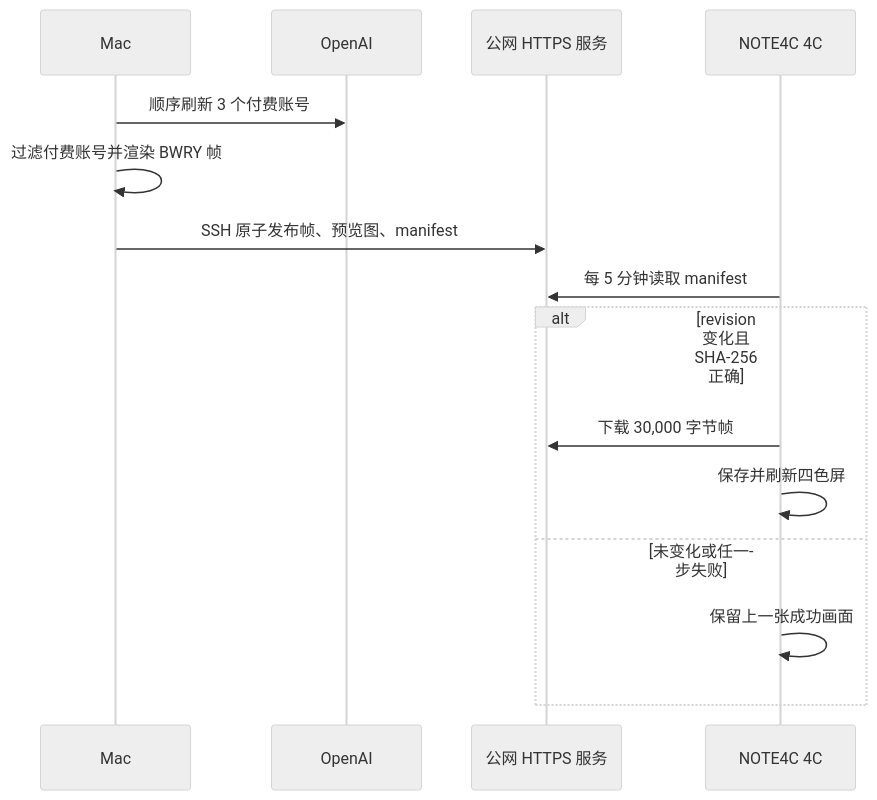
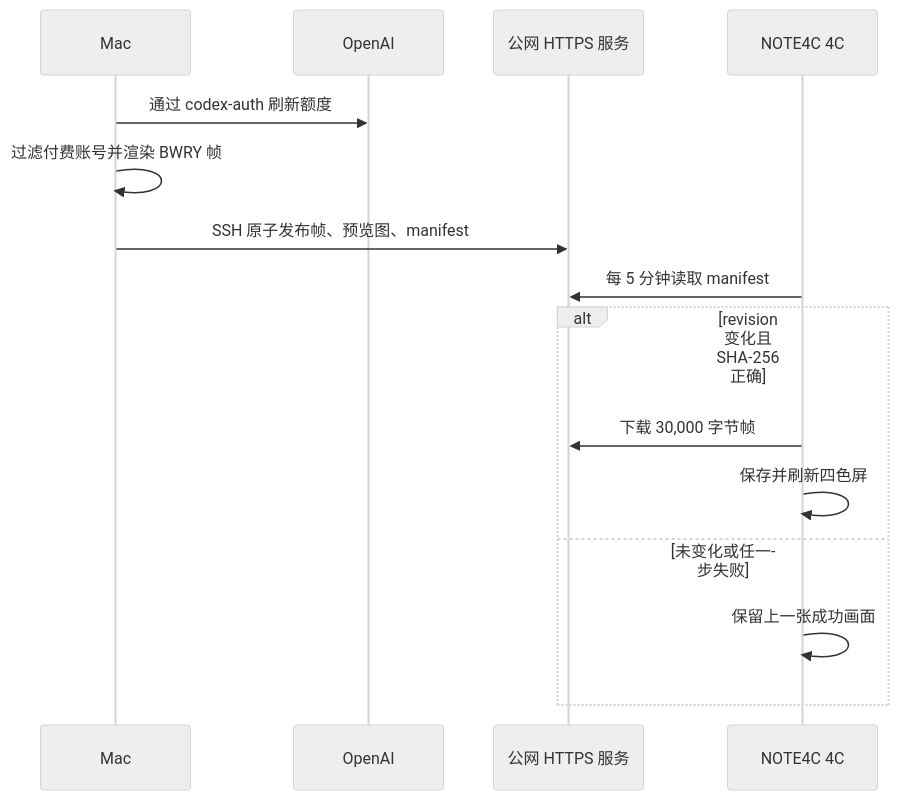
The diagram in README.zh-CN.md (yewenkai/note4c-codex-quota-dashboard), drawn with Mermaid (neutral theme) before and after one commit. The commit also changed other lines of this file and 9 other files, not shown here.

Commit message:
适配新版 codex-auth 并展示额度点数

````diff
--- a/README.zh-CN.md
+++ b/README.zh-CN.md
@@ -48,17 +48,17 @@
 ```mermaid
 sequenceDiagram
     participant M as Mac
     participant O as OpenAI
     participant S as 公网 HTTPS 服务
     participant N as NOTE4C 4C
-    M->>O: 顺序刷新 3 个付费账号
+    M->>O: 通过 codex-auth 刷新额度
     M->>M: 过滤付费账号并渲染 BWRY 帧
     M->>S: SSH 原子发布帧、预览图、manifest
     N->>S: 每 5 分钟读取 manifest
     alt revision 变化且 SHA-256 正确
         N->>S: 下载 30,000 字节帧
         N->>N: 保存并刷新四色屏
     else 未变化或任一步失败
         N->>N: 保留上一张成功画面
     end
 ```
````
